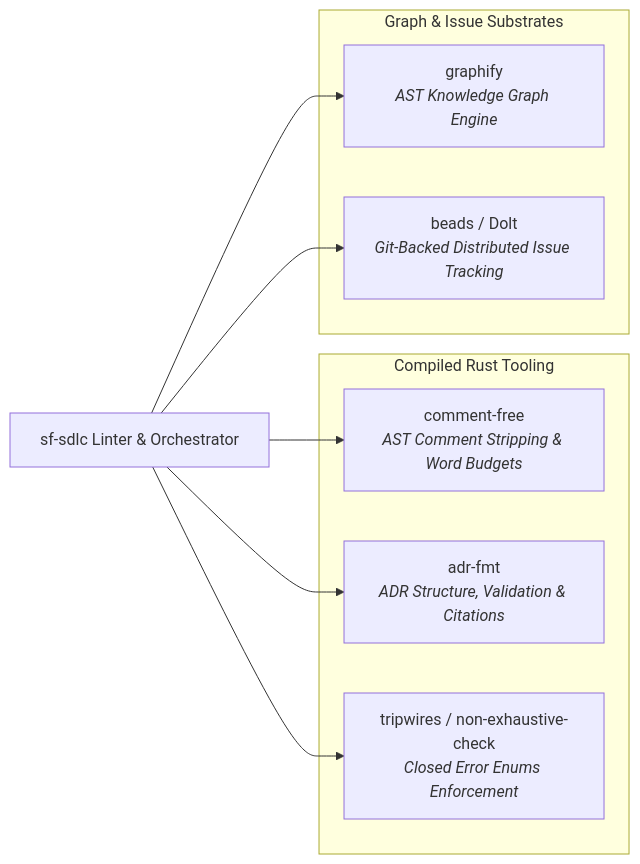
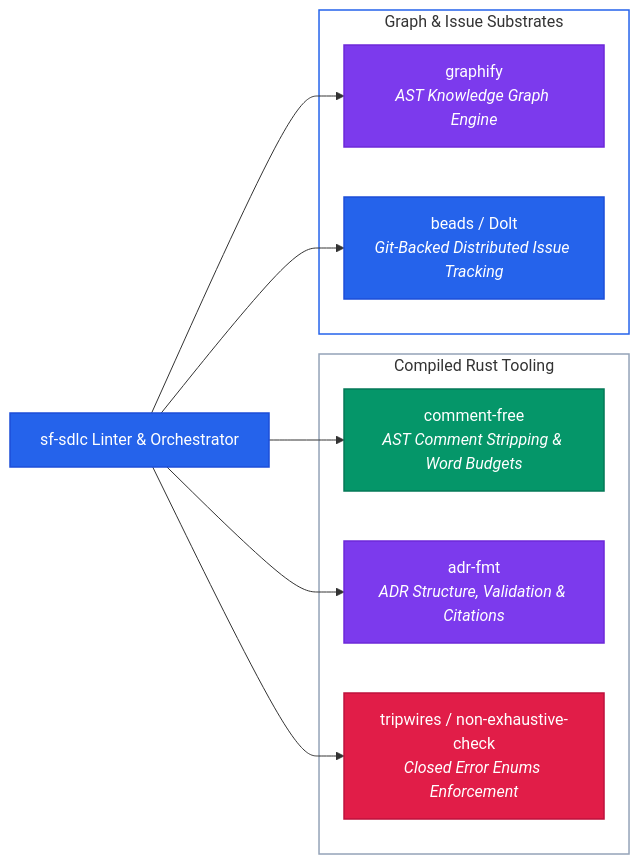
One commit to acje/acje.github.io changed the sixth of 6 diagrams in content/projects/sf-sdlc/index.md. Above: the diagram before and after it, drawn with Mermaid. The commit also changed other lines of this file and 2 other files, not shown here.

Commit message:
Modernize and unify Mermaid diagram color schemes across project presentations

````diff
--- a/content/projects/sf-sdlc/index.md
+++ b/content/projects/sf-sdlc/index.md
@@ -193,21 +258,34 @@
 ```mermaid
 flowchart LR
     SDLC[sf-sdlc Linter & Orchestrator]
 
-    subgraph Specialized Tools [Compiled Rust Tooling]
+    subgraph Tools [Compiled Rust Tooling]
         CF["comment-free<br/><i>AST Comment Stripping & Word Budgets</i>"]
         ADR["adr-fmt<br/><i>ADR Structure, Validation & Citations</i>"]
         TRIP["tripwires / non-exhaustive-check<br/><i>Closed Error Enums Enforcement</i>"]
     end
 
-    subgraph System Substrate [Graph & Issue Substrates]
+    subgraph Substrate [Graph & Issue Substrates]
         GRAPH["graphify<br/><i>AST Knowledge Graph Engine</i>"]
         BEADS["beads / Dolt<br/><i>Git-Backed Distributed Issue Tracking</i>"]
     end
 
     SDLC --> CF
     SDLC --> ADR
     SDLC --> TRIP
     SDLC --> GRAPH
     SDLC --> BEADS
+
+    classDef blue fill:#2563eb,stroke:#1d4ed8,stroke-width:1.5px,color:#ffffff
+    classDef green fill:#059669,stroke:#047857,stroke-width:1.5px,color:#ffffff
+    classDef purple fill:#7c3aed,stroke:#6d28d9,stroke-width:1.5px,color:#ffffff
+    classDef rose fill:#e11d48,stroke:#be123c,stroke-width:1.5px,color:#ffffff
+
+    class SDLC,BEADS blue
+    class CF green
+    class ADR,GRAPH purple
+    class TRIP rose
+
+    style Tools fill:transparent,stroke:#94a3b8,stroke-width:1.5px
+    style Substrate fill:transparent,stroke:#2563eb,stroke-width:1.5px
 ```
````
